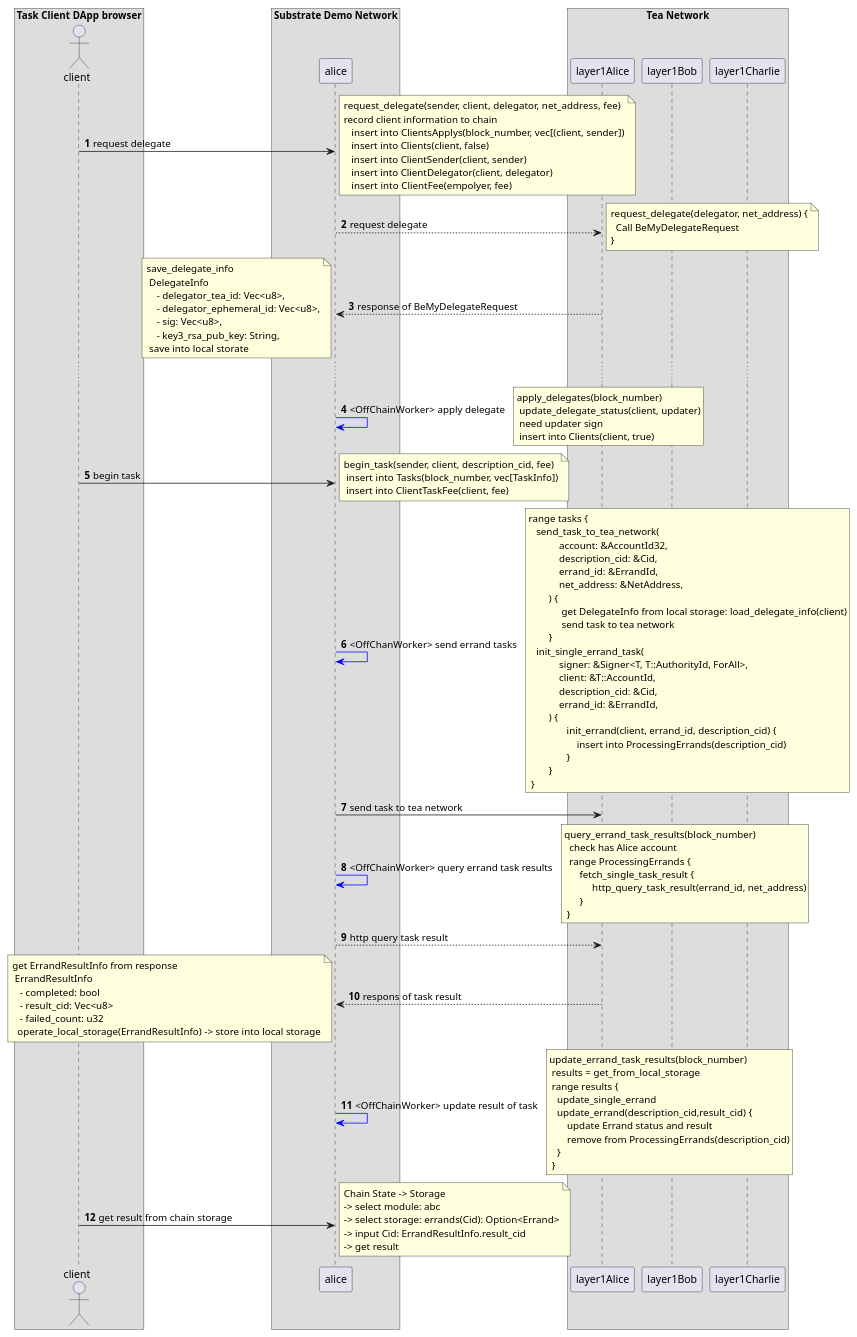
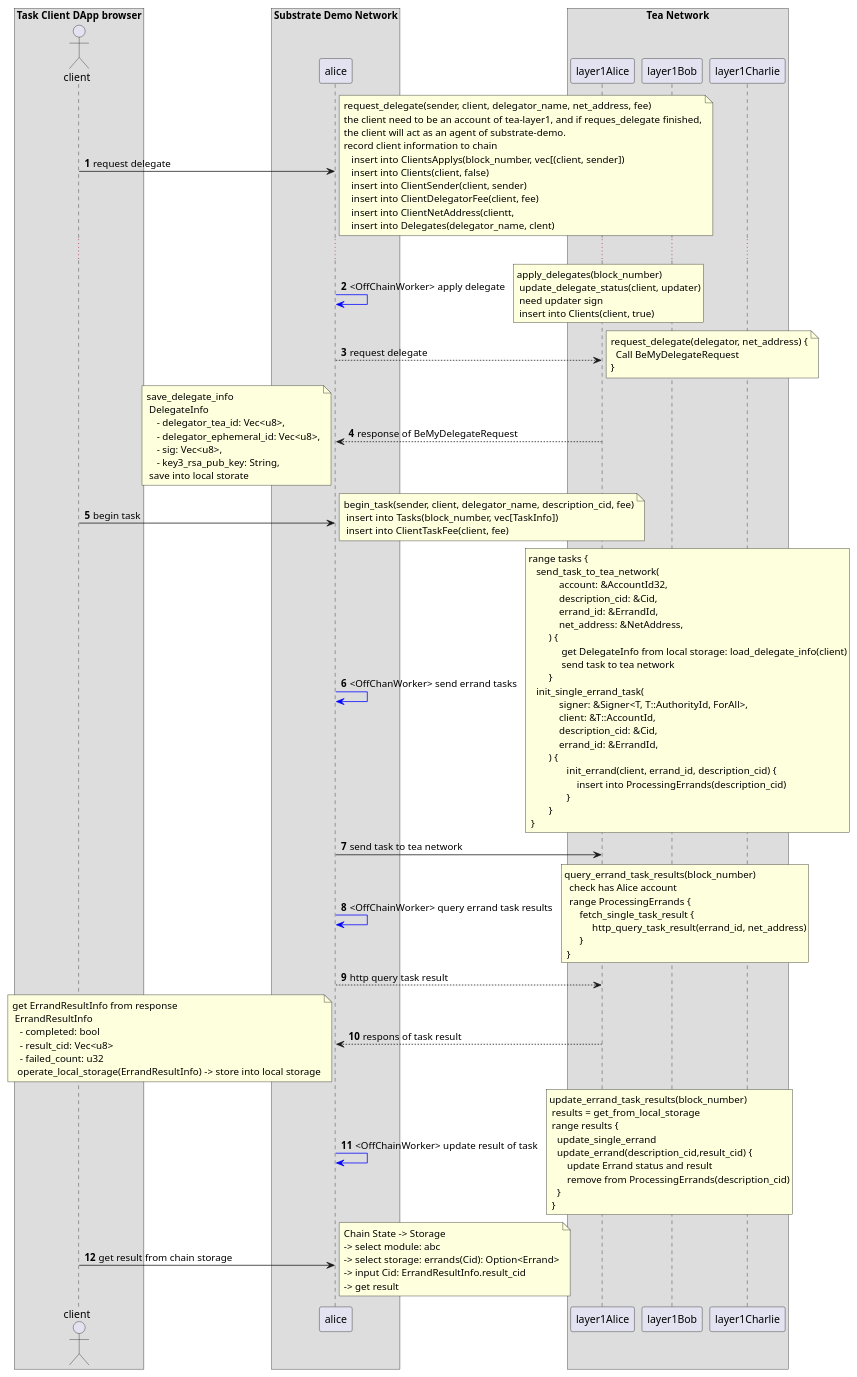
One commit to tearust/tea-docs changed the diagram in Try_the_demo/Run_task_on_other_blockchain_sequence.md. Above: the diagram before and after it, drawn with PlantUML. The commit also changed 2 other files, not shown here.

Commit message:
request-delegate and begin-task with delegator name

```diff
--- a/Try_the_demo/Run_task_on_other_blockchain_sequence.md
+++ b/Try_the_demo/Run_task_on_other_blockchain_sequence.md
@@ -18,13 +18,26 @@
 
 client->alice: request delegate
 note right
-request_delegate(sender, client, delegator, net_address, fee)
+request_delegate(sender, client, delegator_name, net_address, fee)
+the client need to be an account of tea-layer1, and if reques_delegate finished,
+the client will act as an agent of substrate-demo.
 record client information to chain
    insert into ClientsApplys(block_number, vec[(client, sender])
    insert into Clients(client, false)
    insert into ClientSender(client, sender)
-   insert into ClientDelegator(client, delegator)
-   insert into ClientFee(empolyer, fee)
+   insert into ClientDelegatorFee(client, fee)
+   insert into ClientNetAddress(clientt, 
+   insert into Delegates(delegator_name, clent)
+end note
+
+...
+
+alice-[#blue]>alice: <OffChainWorker> apply delegate
+rnote right
+apply_delegates(block_number)
+ update_delegate_status(client, updater)
+ need updater sign 
+ insert into Clients(client, true)
 end note
 
 alice-->layer1Alice: request delegate
@@ -45,19 +58,9 @@
  save into local storate
 end note
 
-...
-
-alice-[#blue]>alice: <OffChainWorker> apply delegate
-rnote right
-apply_delegates(block_number)
- update_delegate_status(client, updater)
- need updater sign 
- insert into Clients(client, true)
-end note
-
 client->alice: begin task
 note right
-begin_task(sender, client, description_cid, fee)
+begin_task(sender, client, delegator_name, description_cid, fee)
  insert into Tasks(block_number, vec[TaskInfo])
  insert into ClientTaskFee(client, fee)
 end note
```
